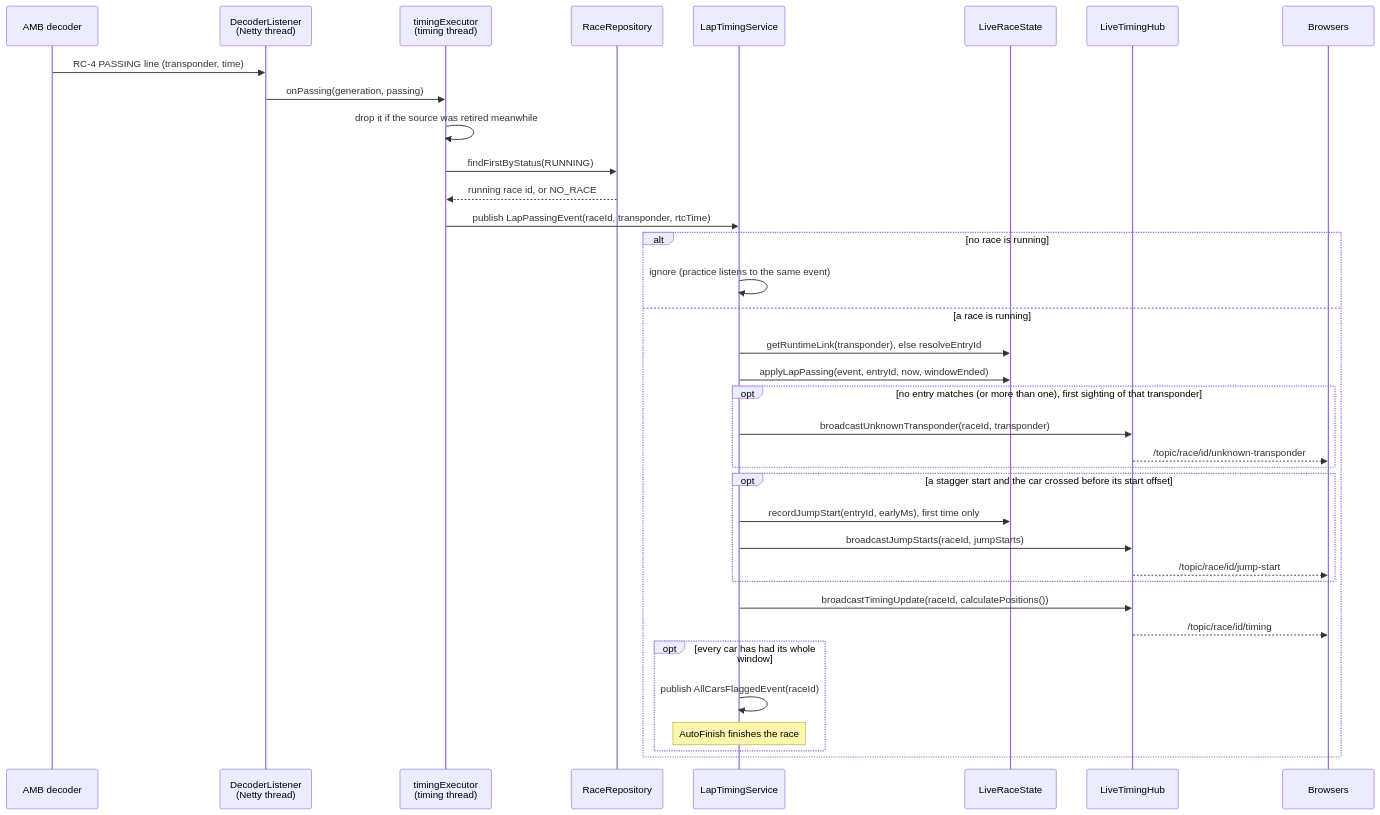
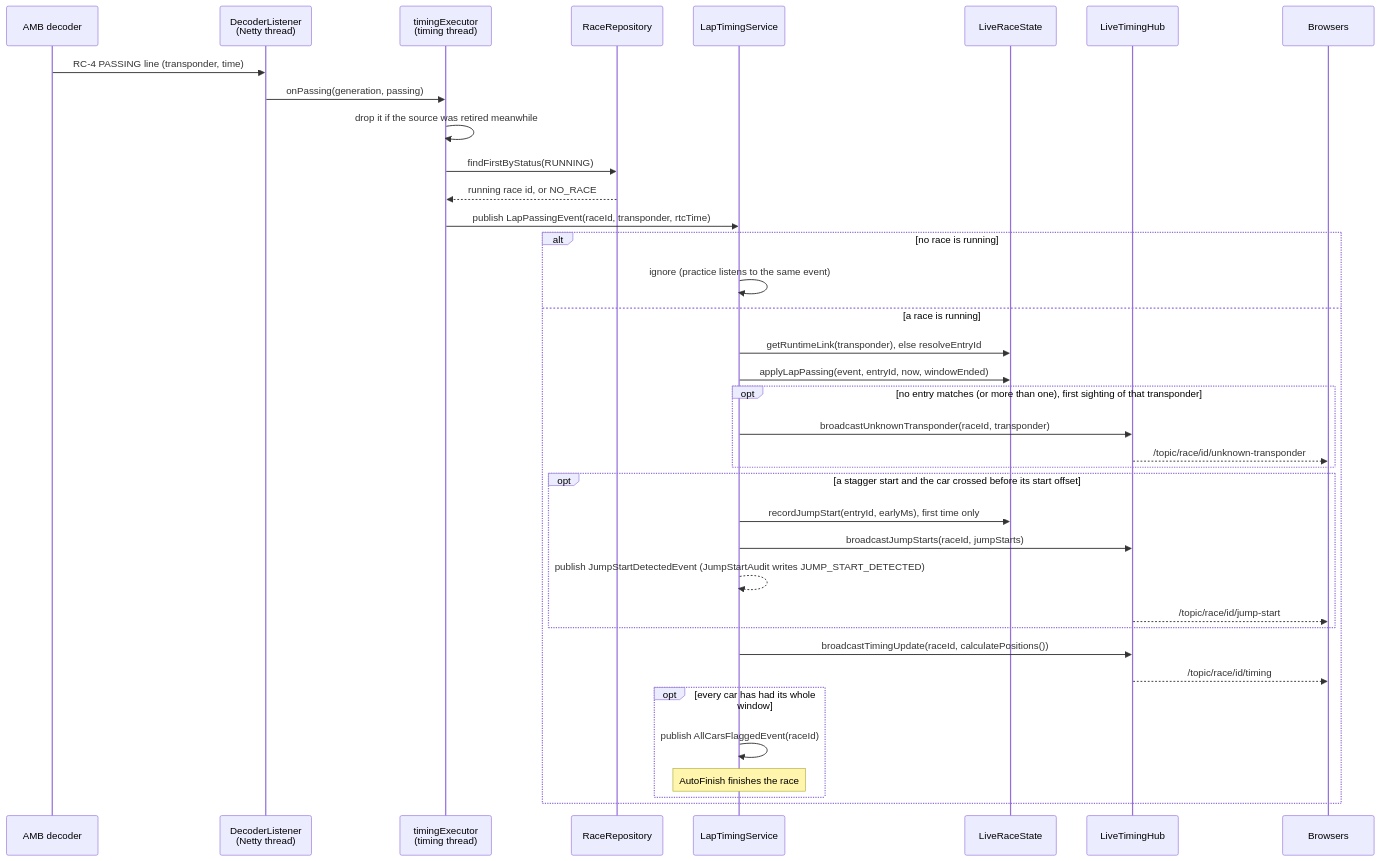
One commit to RCRaceHub/RCTimingControl changed the first of 8 diagrams in docs/developer/sequences.md. Above: the diagram before and after it, drawn with Mermaid. The commit also changed other lines of this file and 14 other files, not shown here.

First line of the commit message:
Audit jump starts and the referee's decisions (#451)

````diff
--- a/docs/developer/sequences.md
+++ b/docs/developer/sequences.md
@@ -18,39 +18,40 @@
 ```mermaid
 sequenceDiagram
     participant Dec as AMB decoder
     participant DL as DecoderListener<br/>(Netty thread)
     participant TE as timingExecutor<br/>(timing thread)
     participant RR as RaceRepository
     participant LTS as LapTimingService
     participant LRS as LiveRaceState
     participant Hub as LiveTimingHub
     participant B as Browsers
 
     Dec->>DL: RC-4 PASSING line (transponder, time)
     DL->>TE: onPassing(generation, passing)
     TE->>TE: drop it if the source was retired meanwhile
     TE->>RR: findFirstByStatus(RUNNING)
     RR-->>TE: running race id, or NO_RACE
     TE->>LTS: publish LapPassingEvent(raceId, transponder, rtcTime)
     alt no race is running
         LTS->>LTS: ignore (practice listens to the same event)
     else a race is running
         LTS->>LRS: getRuntimeLink(transponder), else resolveEntryId
         LTS->>LRS: applyLapPassing(event, entryId, now, windowEnded)
         opt no entry matches (or more than one), first sighting of that transponder
             LTS->>Hub: broadcastUnknownTransponder(raceId, transponder)
             Hub-->>B: /topic/race/id/unknown-transponder
         end
         opt a stagger start and the car crossed before its start offset
             LTS->>LRS: recordJumpStart(entryId, earlyMs), first time only
             LTS->>Hub: broadcastJumpStarts(raceId, jumpStarts)
+            LTS-->>LTS: publish JumpStartDetectedEvent (JumpStartAudit writes JUMP_START_DETECTED)
             Hub-->>B: /topic/race/id/jump-start
         end
         LTS->>Hub: broadcastTimingUpdate(raceId, calculatePositions())
         Hub-->>B: /topic/race/id/timing
         opt every car has had its whole window
             LTS->>LTS: publish AllCarsFlaggedEvent(raceId)
             Note over LTS: AutoFinish finishes the race
         end
     end
 ```
````
